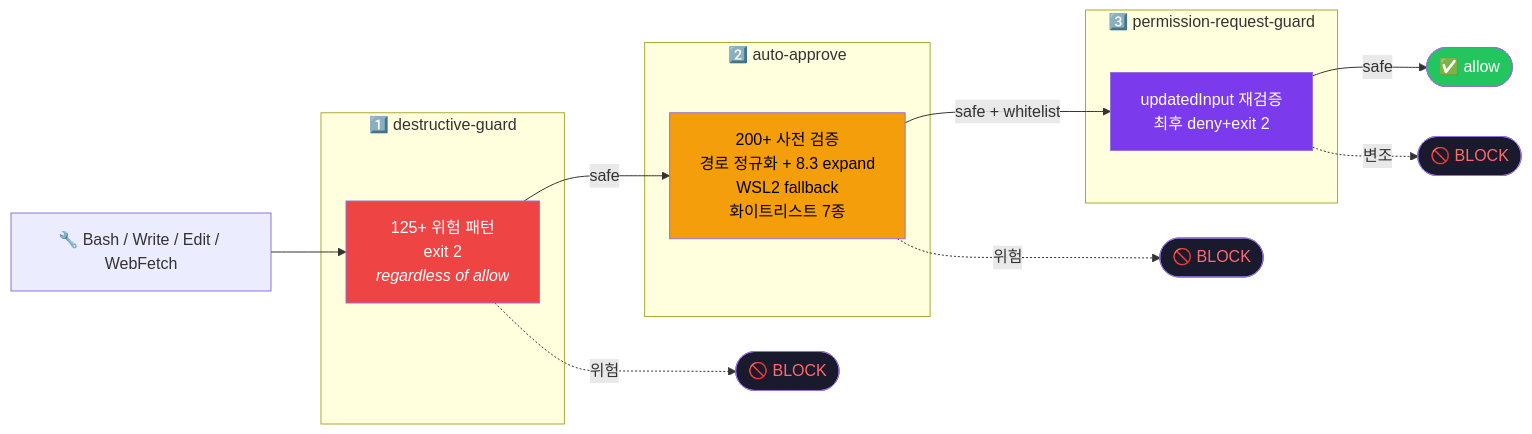
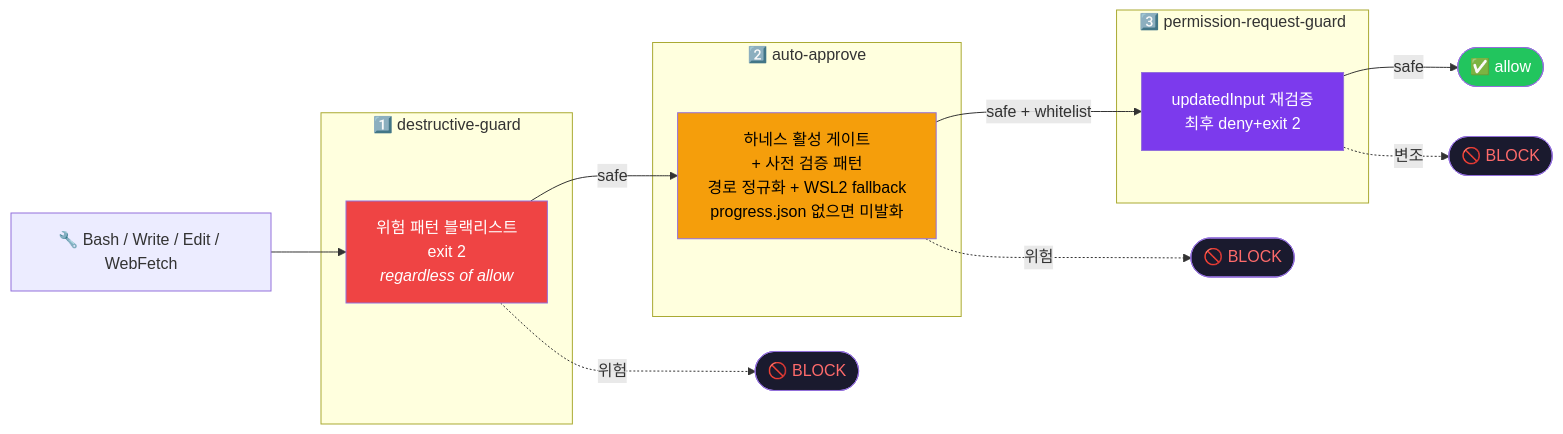
Before and after one commit to Technoetic/harness107: the second of 4 diagrams in README.md, drawn with Mermaid. The commit also changed other lines of this file and 18 other files, not shown here.

````diff
--- a/README.md
+++ b/README.md
@@ -154,32 +158,32 @@
 ```mermaid
 flowchart LR
     Tool["🔧 Bash / Write / Edit / WebFetch"]
 
     subgraph layer1["1️⃣ destructive-guard"]
-        DG["125+ 위험 패턴<br/>exit 2<br/><i>regardless of allow</i>"]
+        DG["위험 패턴 블랙리스트<br/>exit 2<br/><i>regardless of allow</i>"]
     end
 
     subgraph layer2["2️⃣ auto-approve"]
-        AA["200+ 사전 검증<br/>경로 정규화 + 8.3 expand<br/>WSL2 fallback<br/>화이트리스트 7종"]
+        AA["하네스 활성 게이트<br/>+ 사전 검증 패턴<br/>경로 정규화 + WSL2 fallback<br/>progress.json 없으면 미발화"]
     end
 
     subgraph layer3["3️⃣ permission-request-guard"]
         PRG["updatedInput 재검증<br/>최후 deny+exit 2"]
     end
 
     Tool --> DG
     DG -->|safe| AA
     AA -->|safe + whitelist| PRG
     PRG -->|safe| Pass(["✅ allow"])
     DG -.위험.-> Block1(["🚫 BLOCK"])
     AA -.위험.-> Block2(["🚫 BLOCK"])
     PRG -.변조.-> Block3(["🚫 BLOCK"])
 
     style DG fill:#EF4444,color:#fff
     style AA fill:#F59E0B,color:#000
     style PRG fill:#7C3AED,color:#fff
     style Pass fill:#22C55E,color:#fff
     style Block1 fill:#1a1a2e,color:#FF6B6B
     style Block2 fill:#1a1a2e,color:#FF6B6B
     style Block3 fill:#1a1a2e,color:#FF6B6B
 ```
````
